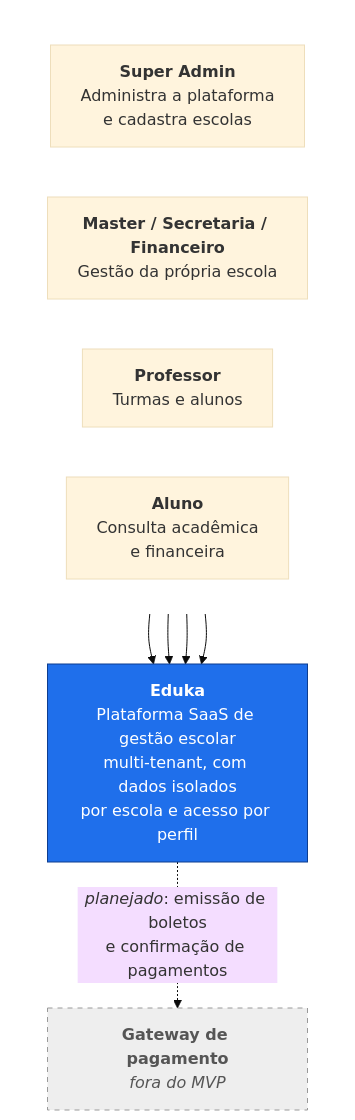
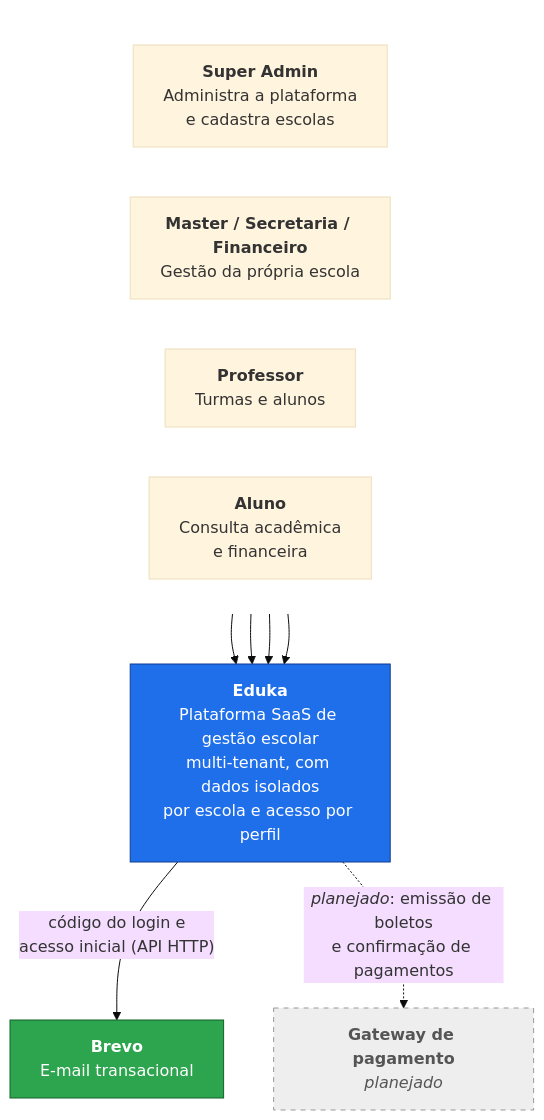
One commit to ICEI-PUC-Minas-PMGES-TI/pmg-es-2026-2-ti3-9577100-eduka changed the first of 6 diagrams in Artefatos/arquitetura/arquitetura-da-solucao.md. Above: the diagram before and after it, drawn with Mermaid (base theme). The commit also changed other lines of this file and 3 other files, not shown here.

````diff
--- a/Artefatos/arquitetura/arquitetura-da-solucao.md
+++ b/Artefatos/arquitetura/arquitetura-da-solucao.md
@@ -36,23 +36,25 @@
 ```mermaid
 flowchart TB
     subgraph atores[" "]
         direction LR
         SA["<b>Super Admin</b><br/>Administra a plataforma<br/>e cadastra escolas"]
         MA["<b>Master / Secretaria / Financeiro</b><br/>Gestão da própria escola"]
         PR["<b>Professor</b><br/>Turmas e alunos"]
         AL["<b>Aluno</b><br/>Consulta acadêmica<br/>e financeira"]
     end
 
     EDUKA["<b>Eduka</b><br/>Plataforma SaaS de gestão escolar<br/>multi-tenant, com dados isolados<br/>por escola e acesso por perfil"]
 
     SA --> EDUKA
     MA --> EDUKA
     PR --> EDUKA
     AL --> EDUKA
 
-    EDUKA -.->|"<i>planejado</i>: emissão de boletos<br/>e confirmação de pagamentos"| GATE["<b>Gateway de pagamento</b><br/><i>fora do MVP</i>"]
+    EDUKA -->|"código do login e<br/>acesso inicial (API HTTP)"| BREVO["<b>Brevo</b><br/>E-mail transacional"]
+    EDUKA -.->|"<i>planejado</i>: emissão de boletos<br/>e confirmação de pagamentos"| GATE["<b>Gateway de pagamento</b><br/><i>planejado</i>"]
 
     style EDUKA fill:#1f6feb,stroke:#0d3d8f,color:#fff
+    style BREVO fill:#2da44e,stroke:#116329,color:#fff
     style GATE fill:#eee,stroke:#999,color:#555,stroke-dasharray: 5 5
     style atores fill:none,stroke:none
 ```
````
